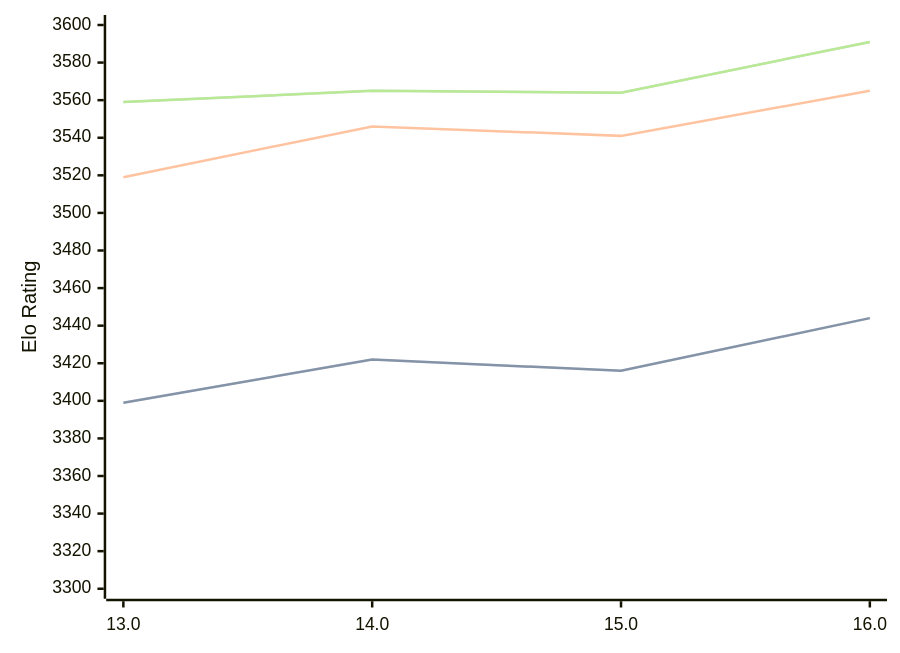
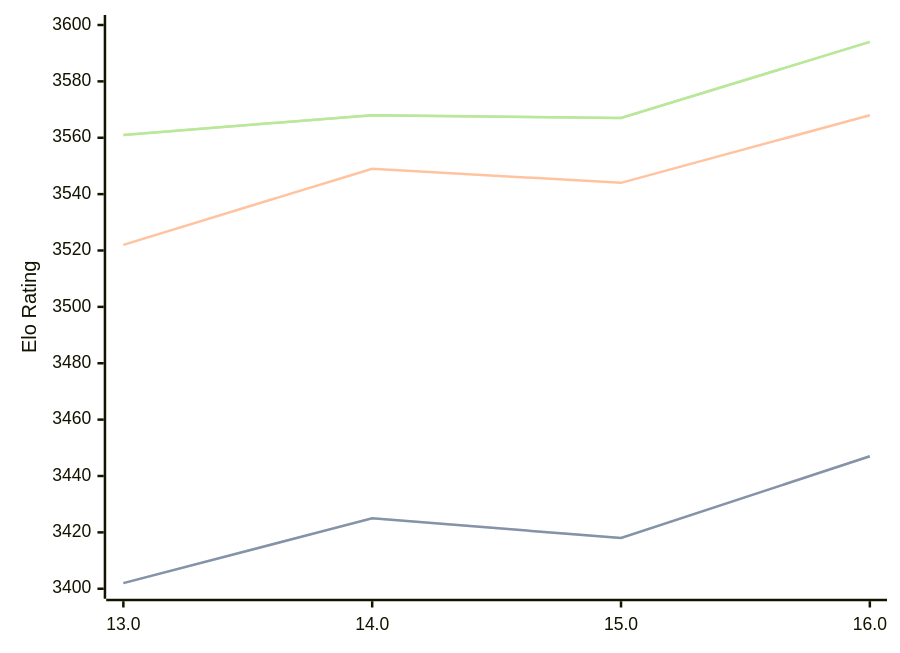
One commit to computer-chess-index/cci changed the diagram in engines/Obsidian.md. Above: the diagram before and after it, drawn with Mermaid. The commit also changed other lines of this file, not shown here.

Commit message:
Update CCI Ratings (ELO VLTC) - 2026-09-24

````diff
--- a/engines/Obsidian.md
+++ b/engines/Obsidian.md
@@ -34,11 +34,11 @@
 ```mermaid
 %%{init: {"theme":"base","themeVariables":{"seriesColors:['#a3a3a3','#222221','#faa371']}}}%%
 xychart-beta
   x-axis ["13.0", "14.0", "15.0", "16.0"]
-  y-axis "Elo Rating" 3300 --> 3600
-  line "" [3399, 3422, 3416, 3444]
-  line "STC (8.0+0.08s)" [3399, 3422, 3416, 3444]
-  line "LTC (60.0+0.60s)" [3519, 3546, 3541, 3565]
-  line "" [3559, 3565, 3564, 3591]
-  line "VLTC (2m24s+1.12s)" [3559, 3565, 3564, 3591]
+  y-axis "Elo Rating" 3400 --> 3600
+  line "" [3402, 3425, 3418, 3447]
+  line "STC (8.0+0.08s)" [3402, 3425, 3418, 3447]
+  line "LTC (60.0+0.60s)" [3522, 3549, 3544, 3568]
+  line "" [3561, 3568, 3567, 3594]
+  line "VLTC (2m24s+1.12s)" [3561, 3568, 3567, 3594]
 ```
````
